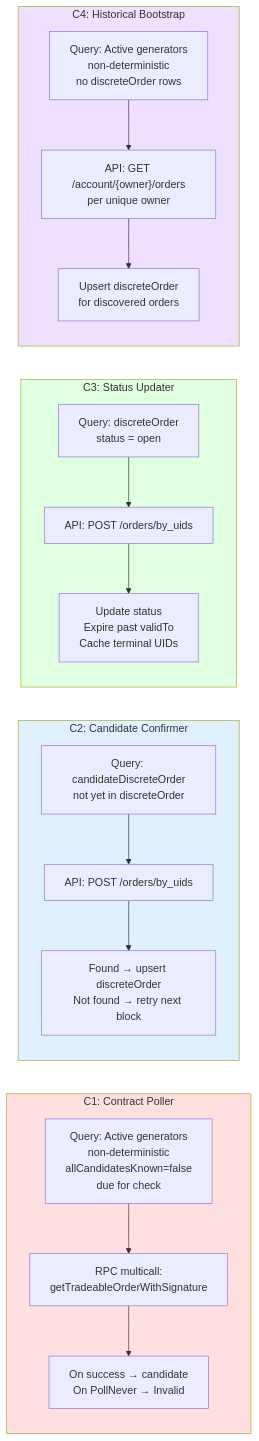
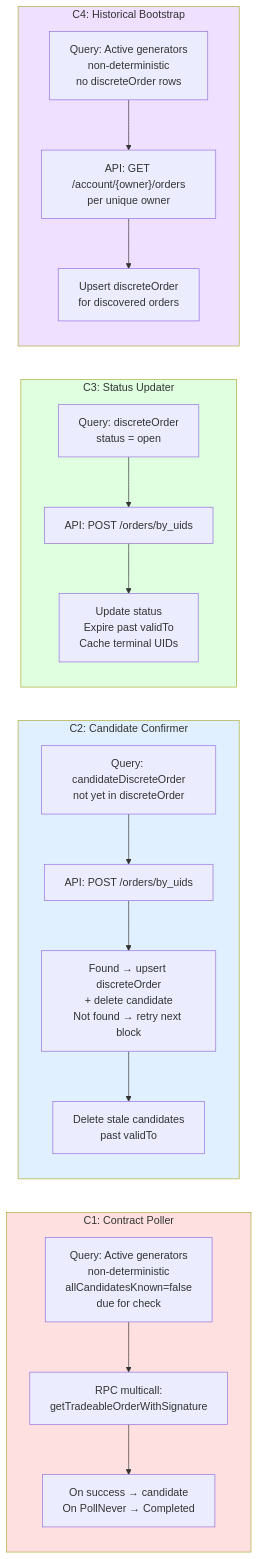
One commit to bleu/cow-programmatic-orders-api changed the third of 7 diagrams in agent_docs/m3-orderbook-integration-flow.md. Above: the diagram before and after it, drawn with Mermaid. The commit also changed other lines of this file and 4 other files, not shown here.

````diff
--- a/agent_docs/m3-orderbook-integration-flow.md
+++ b/agent_docs/m3-orderbook-integration-flow.md
@@ -462,39 +473,40 @@
 ```mermaid
 flowchart LR
     subgraph C1["C1: Contract Poller"]
         direction TB
         C1Q["Query: Active generators<br/>non-deterministic<br/>allCandidatesKnown=false<br/>due for check"]
         C1M["RPC multicall:<br/>getTradeableOrderWithSignature"]
-        C1R["On success → candidate<br/>On PollNever → Invalid"]
+        C1R["On success → candidate<br/>On PollNever → Completed"]
         C1Q --> C1M --> C1R
     end
 
     subgraph C2["C2: Candidate Confirmer"]
         direction TB
         C2Q["Query: candidateDiscreteOrder<br/>not yet in discreteOrder"]
         C2F["API: POST /orders/by_uids"]
-        C2U["Found → upsert discreteOrder<br/>Not found → retry next block"]
-        C2Q --> C2F --> C2U
+        C2U["Found → upsert discreteOrder<br/>+ delete candidate<br/>Not found → retry next block"]
+        C2X["Delete stale candidates<br/>past validTo"]
+        C2Q --> C2F --> C2U --> C2X
     end
 
     subgraph C3["C3: Status Updater"]
         direction TB
         C3Q["Query: discreteOrder<br/>status = open"]
         C3F["API: POST /orders/by_uids"]
         C3U["Update status<br/>Expire past validTo<br/>Cache terminal UIDs"]
         C3Q --> C3F --> C3U
     end
 
     subgraph C4["C4: Historical Bootstrap"]
         direction TB
         C4Q["Query: Active generators<br/>non-deterministic<br/>no discreteOrder rows"]
         C4F["API: GET /account/{owner}/orders<br/>per unique owner"]
         C4U["Upsert discreteOrder<br/>for discovered orders"]
         C4Q --> C4F --> C4U
     end
 
     style C1 fill:#ffe0e0
     style C2 fill:#e0f0ff
     style C3 fill:#e0ffe0
     style C4 fill:#f0e0ff
 ```
````
